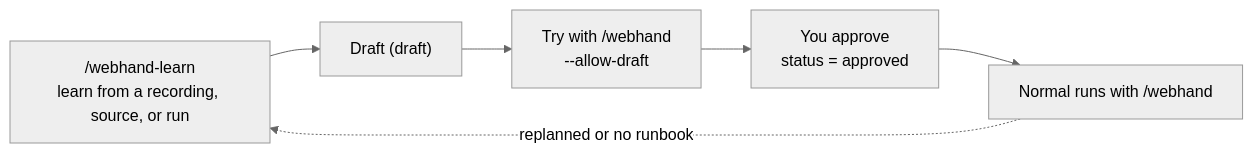
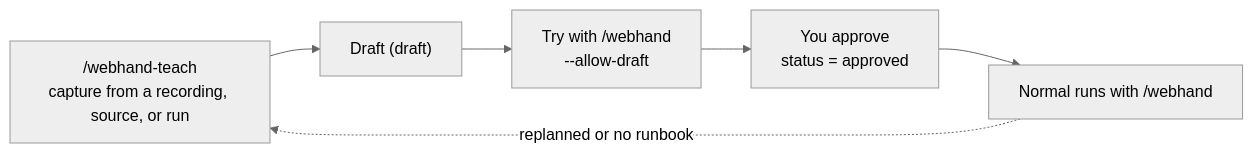
The diagram in docs/usage.md (sakamoto66/webhand), drawn with Mermaid (neutral theme) before and after one commit. The commit also changed other lines of this file and 42 other files, not shown here.

First line of the commit message:
refactor: replace learn/knowledge wording with teach, record, and memory

````diff
--- a/docs/usage.md
+++ b/docs/usage.md
@@ -72,8 +72,8 @@
 ```mermaid
 flowchart LR
-  L["/webhand-learn<br>learn from a recording, source, or run"] --> D["Draft (draft)"]
+  L["/webhand-teach<br>capture from a recording, source, or run"] --> D["Draft (draft)"]
   D --> T["Try with /webhand<br>--allow-draft"]
   T --> A["You approve<br>status = approved"]
   A --> R["Normal runs with /webhand"]
   R -.->|replanned or no runbook| L
 ```
````
